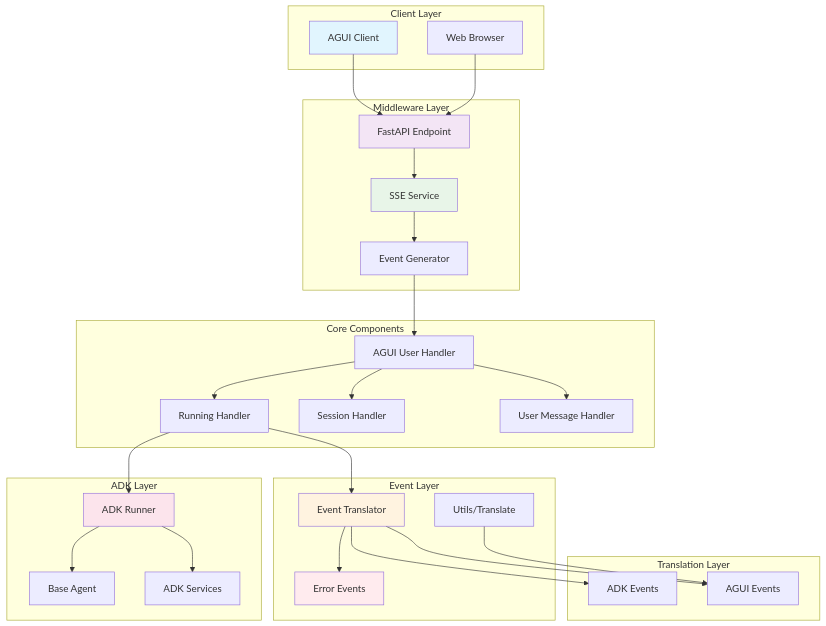
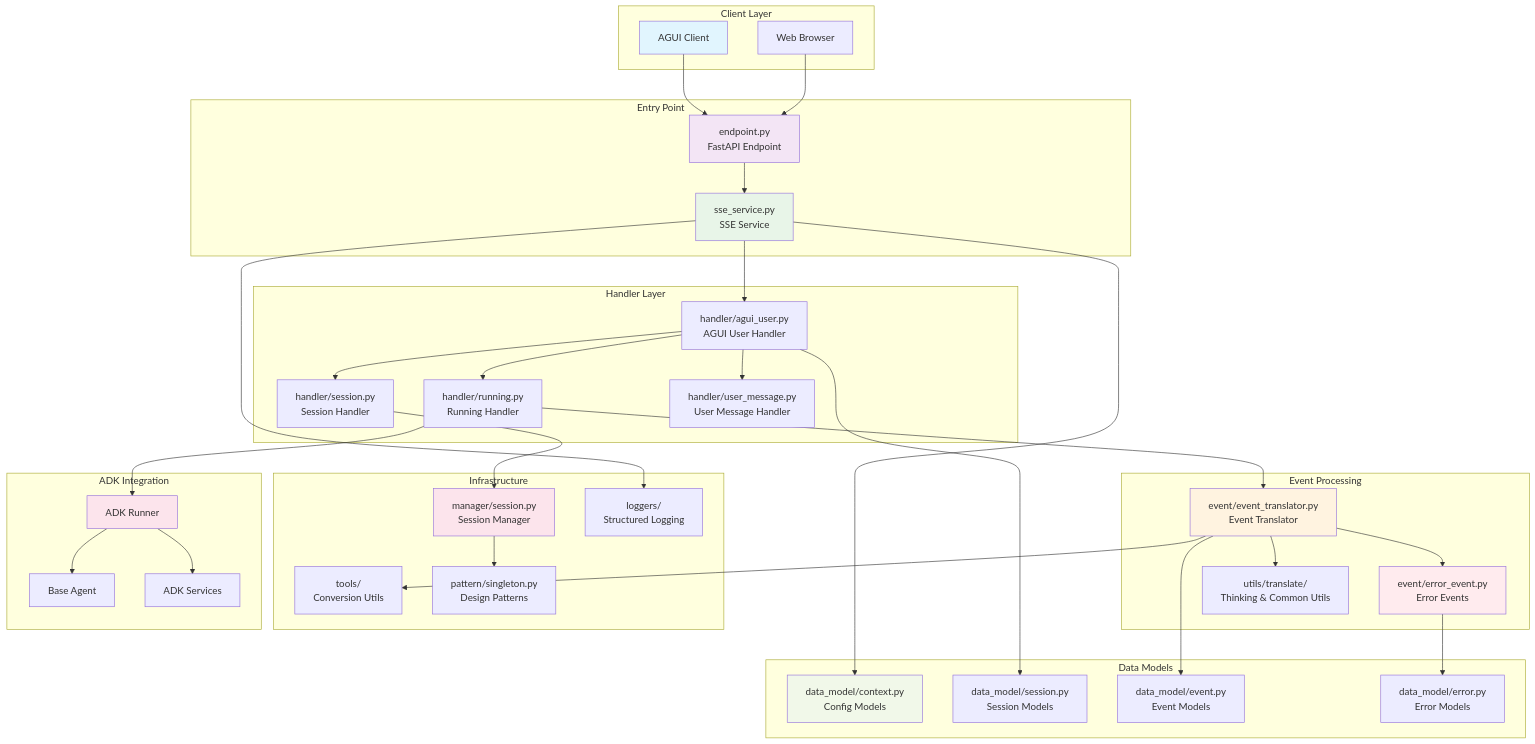
The first of 2 diagrams in README.md (trendmicro/adk-agui-middleware), drawn with Mermaid before and after one commit. The commit also changed other lines of this file, not shown here.

````diff
--- a/README.md
+++ b/README.md
@@ -122,64 +255,82 @@
 ```mermaid
 graph TB
     subgraph "Client Layer"
         Client[AGUI Client]
         Browser[Web Browser]
     end
     
-    subgraph "Middleware Layer"
-        Endpoint[FastAPI Endpoint]
-        SSEService[SSE Service]
-        EventGen[Event Generator]
+    subgraph "Entry Point"
+        Endpoint[endpoint.py<br/>FastAPI Endpoint]
+        SSEService[sse_service.py<br/>SSE Service]
     end
     
-    subgraph "Core Components"
-        AGUIHandler[AGUI User Handler]
-        RunningHandler[Running Handler]
-        SessionHandler[Session Handler]
-        UserMsgHandler[User Message Handler]
+    subgraph "Handler Layer"
+        AGUIHandler[handler/agui_user.py<br/>AGUI User Handler]
+        RunningHandler[handler/running.py<br/>Running Handler]
+        SessionHandler[handler/session.py<br/>Session Handler]
+        UserMsgHandler[handler/user_message.py<br/>User Message Handler]
     end
     
-    subgraph "Event Layer"
-        EventTranslator[Event Translator]
-        ErrorEvent[Error Events]
-        Utils[Utils/Translate]
+    subgraph "Event Processing"
+        EventTranslator[event/event_translator.py<br/>Event Translator]
+        ErrorEvent[event/error_event.py<br/>Error Events]
+        UtilsTranslate[utils/translate/<br/>Thinking & Common Utils]
     end
     
-    subgraph "Translation Layer"
-        ADKEvents[ADK Events]
-        AGUIEvents[AGUI Events]
+    subgraph "Data Models"
+        Context[data_model/context.py<br/>Config Models]
+        Session[data_model/session.py<br/>Session Models]
+        Event[data_model/event.py<br/>Event Models]
+        Error[data_model/error.py<br/>Error Models]
     end
     
-    subgraph "ADK Layer"
+    subgraph "Infrastructure"
+        Manager[manager/session.py<br/>Session Manager]
+        Loggers[loggers/<br/>Structured Logging]
+        Tools[tools/<br/>Conversion Utils]
+        Pattern[pattern/singleton.py<br/>Design Patterns]
+    end
+    
+    subgraph "ADK Integration"
         Runner[ADK Runner]
         Agent[Base Agent]
         Services[ADK Services]
     end
     
     Client --> Endpoint
     Browser --> Endpoint
     Endpoint --> SSEService
-    SSEService --> EventGen
-    EventGen --> AGUIHandler
+    SSEService --> AGUIHandler
     
     AGUIHandler --> RunningHandler
     AGUIHandler --> SessionHandler
     AGUIHandler --> UserMsgHandler
     
     RunningHandler --> EventTranslator
     RunningHandler --> Runner
-    EventTranslator --> ADKEvents
-    EventTranslator --> AGUIEvents
+    
+    EventTranslator --> UtilsTranslate
     EventTranslator --> ErrorEvent
-    Utils --> AGUIEvents
+    
+    SSEService --> Context
+    AGUIHandler --> Session
+    EventTranslator --> Event
+    ErrorEvent --> Error
+    
+    SessionHandler --> Manager
+    SSEService --> Loggers
+    EventTranslator --> Tools
+    Manager --> Pattern
     
     Runner --> Agent
     Runner --> Services
     
     style Client fill:#e1f5fe
     style Endpoint fill:#f3e5f5
     style SSEService fill:#e8f5e8
     style EventTranslator fill:#fff3e0
     style ErrorEvent fill:#ffebee
     style Runner fill:#fce4ec
+    style Context fill:#f1f8e9
+    style Manager fill:#fce4ec
 ```
````
